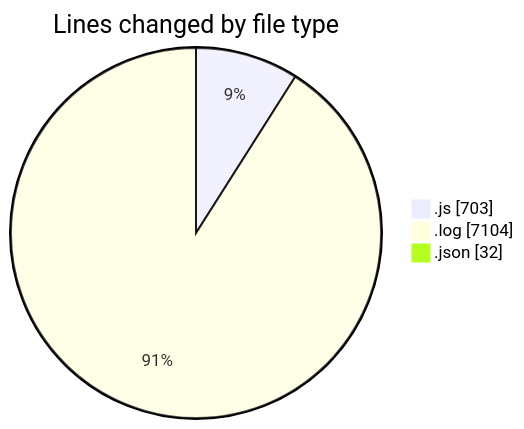
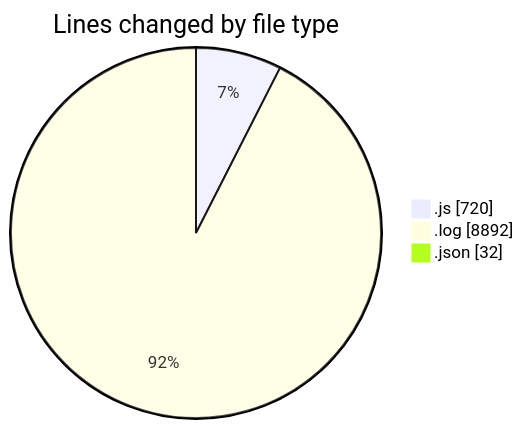
One commit to nxtqubesakshisongat/code-tracking changed the first of 2 diagrams in 2025-04-15/nxtqube_webapp/README.md. Above: the diagram before and after it, drawn with Mermaid. The commit also changed other lines of this file and 1 other file, not shown here.

````diff
--- a/2025-04-15/nxtqube_webapp/README.md
+++ b/2025-04-15/nxtqube_webapp/README.md
@@ -27,7 +28,7 @@
 ```mermaid
 pie showData
 title Lines changed by file type
-".js" : 703
-".log" : 7104
+".js" : 720
+".log" : 8892
 ".json" : 32
 ```
````
